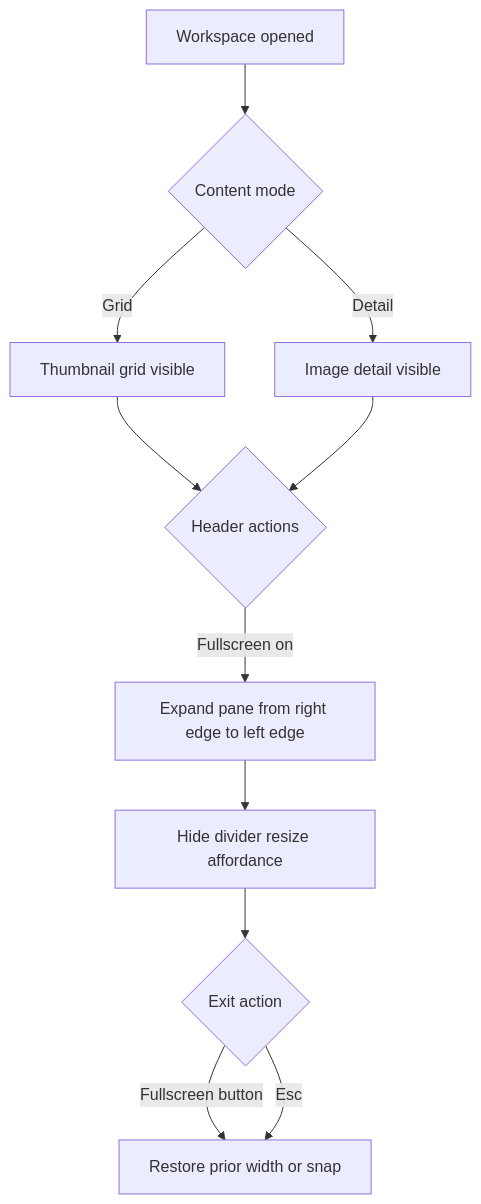
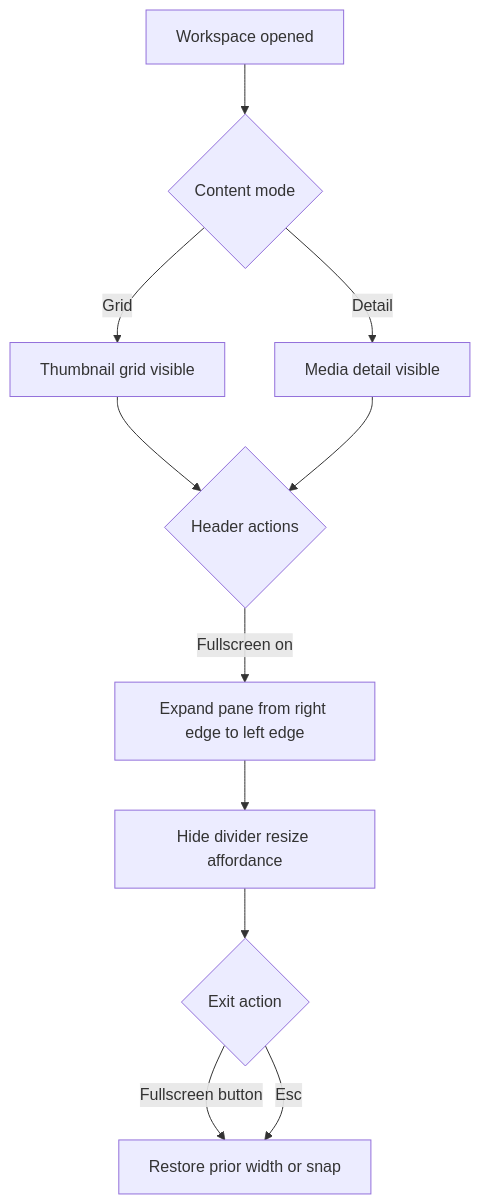
Before and after one commit to matkleve/feldpost: the first of 5 diagrams in docs/specs/ui/workspace/workspace-pane.md, drawn with Mermaid. The commit also changed other lines of this file and 26 other files, not shown here.

````diff
--- a/docs/specs/ui/workspace/workspace-pane.md
+++ b/docs/specs/ui/workspace/workspace-pane.md
@@ -60,13 +60,13 @@
 ```mermaid
 flowchart TD
     A[Workspace opened] --> B{Content mode}
     B -- Grid --> C[Thumbnail grid visible]
-    B -- Detail --> D[Image detail visible]
+    B -- Detail --> D[Media detail visible]
     C --> E{Header actions}
     D --> E
   E -- Fullscreen on --> F[Expand pane from right edge to left edge]
   F --> G[Hide divider resize affordance]
     G --> H{Exit action}
     H -- Fullscreen button --> I[Restore prior width or snap]
     H -- Esc --> I
 ```
````
